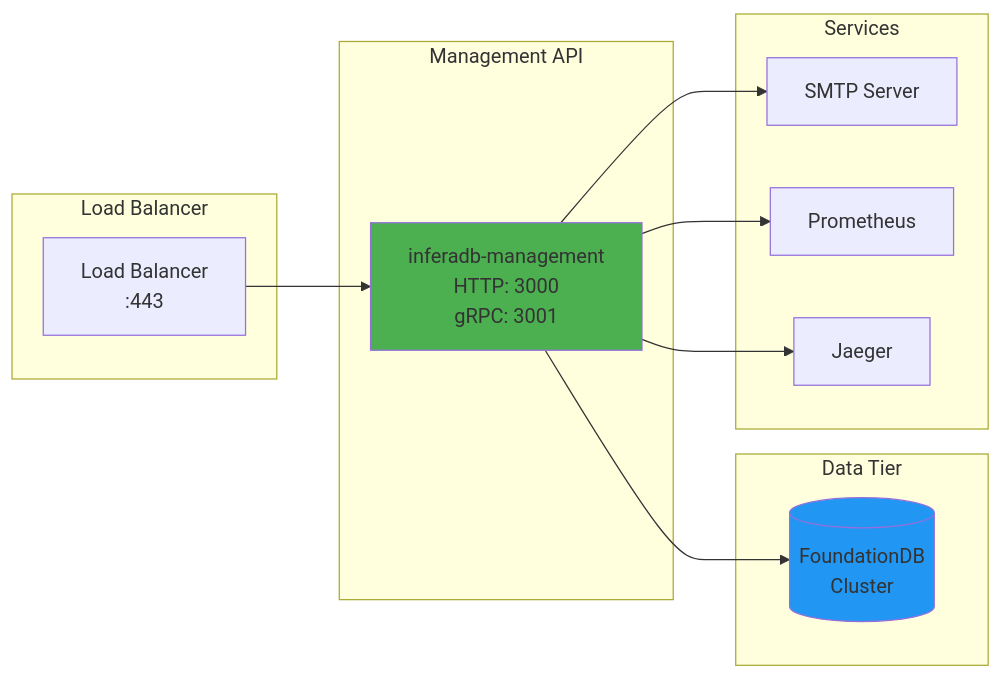
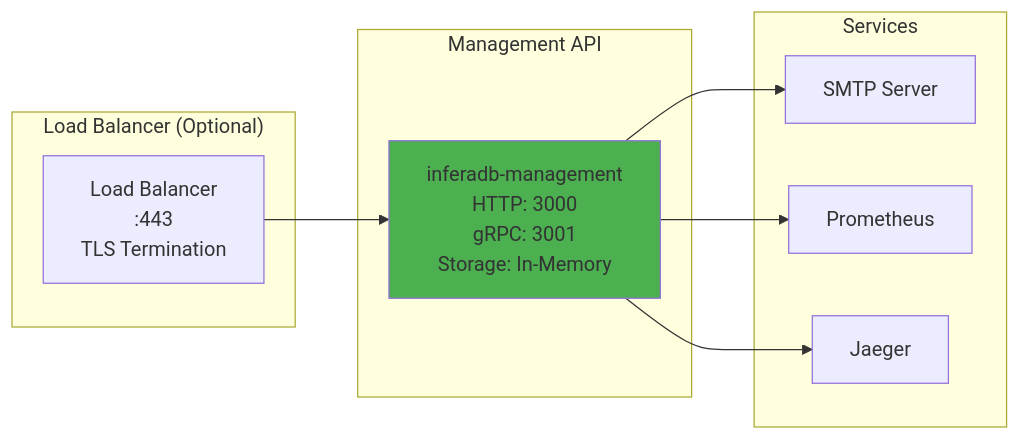
The second of 10 diagrams in docs/Architecture.md (inferadb/control), drawn with Mermaid before and after one commit. The commit also changed other lines of this file and 16 other files, not shown here.

````diff
--- a/docs/Architecture.md
+++ b/docs/Architecture.md
@@ -95,29 +97,23 @@
 ```mermaid
 graph LR
-    subgraph "Load Balancer"
-        LB[Load Balancer<br/>:443]
+    subgraph "Load Balancer (Optional)"
+        LB[Load Balancer<br/>:443<br/>TLS Termination]
     end
 
     subgraph "Management API"
-        API[inferadb-management<br/>HTTP: 3000<br/>gRPC: 3001]
-    end
-
-    subgraph "Data Tier"
-        FDB[(FoundationDB<br/>Cluster)]
+        API[inferadb-management<br/>HTTP: 3000<br/>gRPC: 3001<br/>Storage: In-Memory]
     end
 
     subgraph "Services"
         SMTP[SMTP Server]
         Prom[Prometheus]
         Jaeger[Jaeger]
     end
 
     LB --> API
-    API --> FDB
     API --> SMTP
     API --> Prom
     API --> Jaeger
 
     style API fill:#4CAF50
-    style FDB fill:#2196F3
 ```
````
